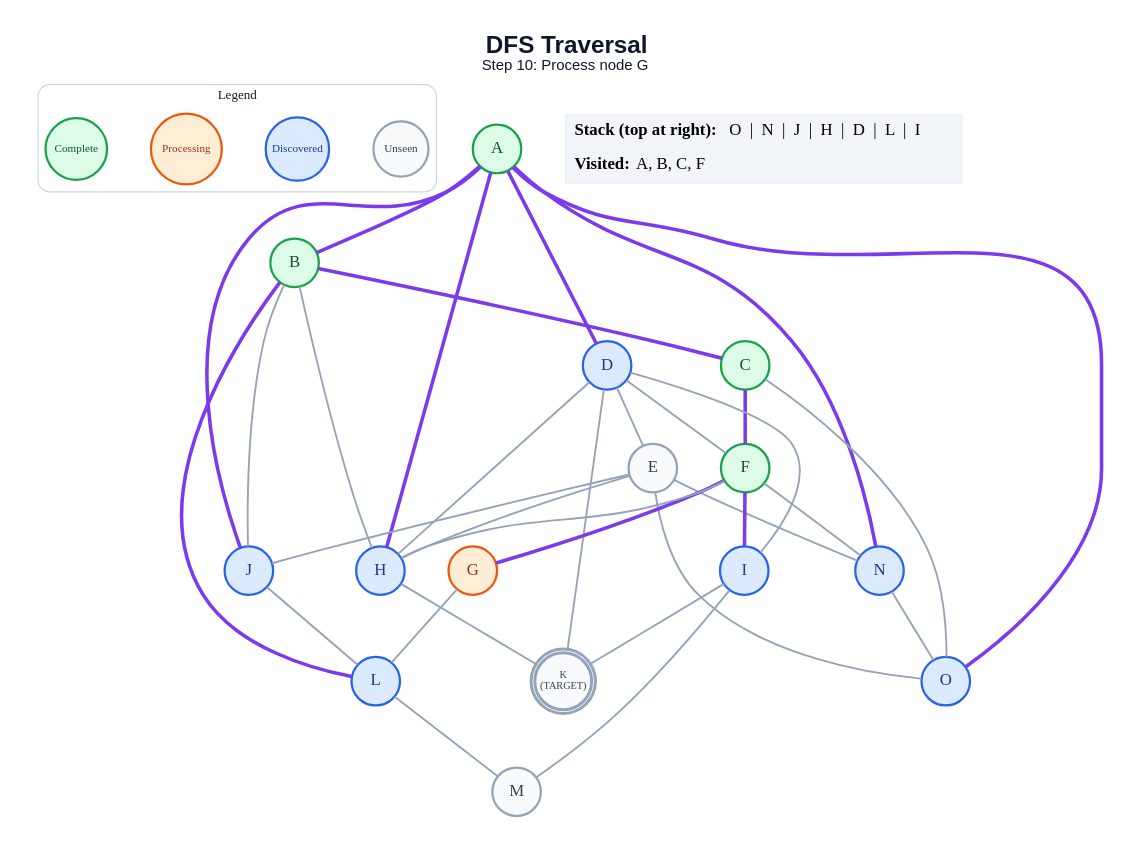
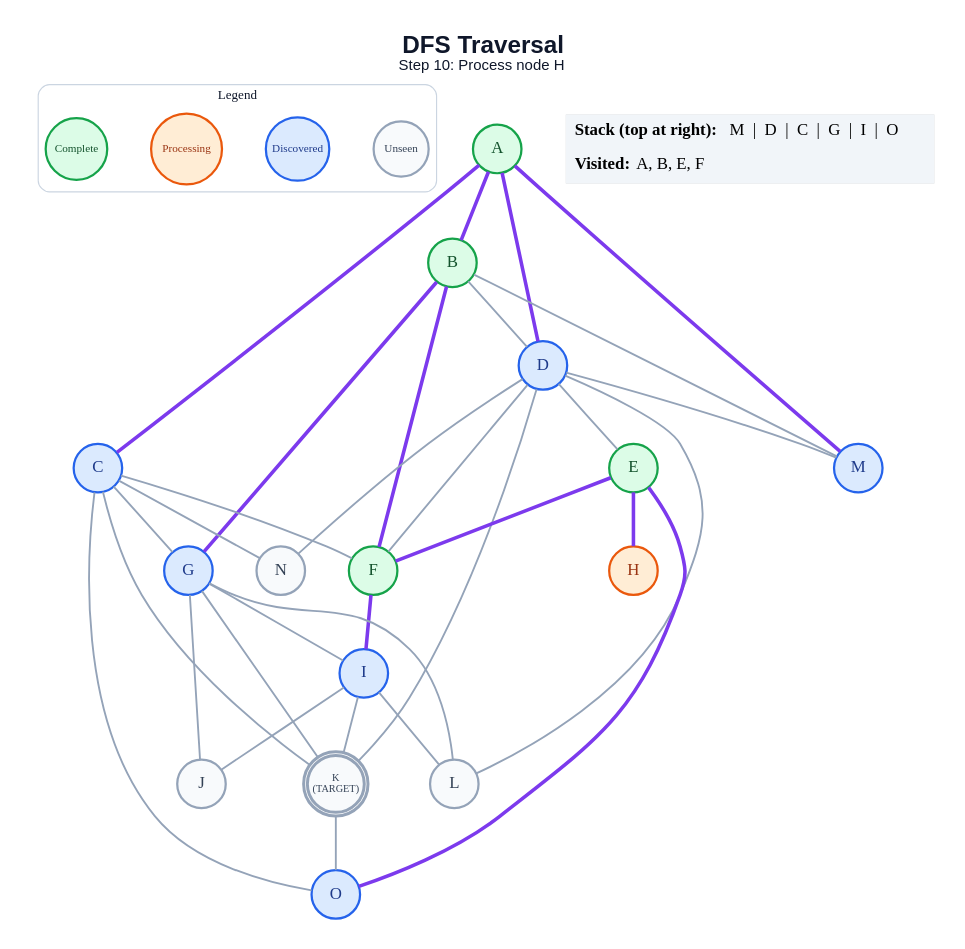
Before and after one commit to anon7238593-create/ai-slop: the diagram in generated/dfs/step_10.dot, drawn with Graphviz. The commit also changed 265 other files, not shown here.

```diff
--- a/generated/dfs/step_10.dot
+++ b/generated/dfs/step_10.dot
@@ -1,66 +1,65 @@
 graph traversal {
   graph [layout=dot, rankdir=TB, bgcolor="#FFFFFF", pad="0.35", nodesep="0.65", ranksep="0.8", fontname="Arial"];
   node [shape=circle, style="filled", fontname="Arial Bold", fontsize=18, width=0.72, fixedsize=true, penwidth=2.4];
   edge [color="#94A3B8", penwidth=2.0];
-  label=<<B>DFS Traversal</B><BR/><FONT POINT-SIZE="16">Step 10: Process node G</FONT>>; labelloc="t"; fontsize=26; fontname="Arial"; fontcolor="#0F172A";
+  label=<<B>DFS Traversal</B><BR/><FONT POINT-SIZE="16">Step 10: Process node H</FONT>>; labelloc="t"; fontsize=26; fontname="Arial"; fontcolor="#0F172A";
   subgraph cluster_legend { label="Legend"; color="#CBD5E1"; penwidth=1.2; style="rounded"; fontsize=14; fontname="Arial Bold";
     key_unseen [label="Unseen", fillcolor="#F8FAFC", color="#94A3B8", fontcolor="#334155", fontsize=12, width=0.82];
     key_frontier [label="Discovered", fillcolor="#DBEAFE", color="#2563EB", fontcolor="#1E3A8A", fontsize=12, width=0.95];
     key_current [label="Processing", fillcolor="#FFEDD5", color="#EA580C", fontcolor="#9A3412", fontsize=12, width=1.05];
     key_done [label="Complete", fillcolor="#DCFCE7", color="#16A34A", fontcolor="#14532D", fontsize=12, width=0.92];
     { rank=same; key_unseen; key_frontier; key_current; key_done; }
   }
   A [label="A", fillcolor="#DCFCE7", color="#16A34A", fontcolor="#14532D", peripheries=1, penwidth=2.4];
   B [label="B", fillcolor="#DCFCE7", color="#16A34A", fontcolor="#14532D", peripheries=1, penwidth=2.4];
-  C [label="C", fillcolor="#DCFCE7", color="#16A34A", fontcolor="#14532D", peripheries=1, penwidth=2.4];
+  C [label="C", fillcolor="#DBEAFE", color="#2563EB", fontcolor="#1E3A8A", peripheries=1, penwidth=2.4];
   D [label="D", fillcolor="#DBEAFE", color="#2563EB", fontcolor="#1E3A8A", peripheries=1, penwidth=2.4];
-  E [label="E", fillcolor="#F8FAFC", color="#94A3B8", fontcolor="#334155", peripheries=1, penwidth=2.4];
+  E [label="E", fillcolor="#DCFCE7", color="#16A34A", fontcolor="#14532D", peripheries=1, penwidth=2.4];
   F [label="F", fillcolor="#DCFCE7", color="#16A34A", fontcolor="#14532D", peripheries=1, penwidth=2.4];
-  G [label="G", fillcolor="#FFEDD5", color="#EA580C", fontcolor="#9A3412", peripheries=1, penwidth=2.4];
-  H [label="H", fillcolor="#DBEAFE", color="#2563EB", fontcolor="#1E3A8A", peripheries=1, penwidth=2.4];
+  G [label="G", fillcolor="#DBEAFE", color="#2563EB", fontcolor="#1E3A8A", peripheries=1, penwidth=2.4];
+  H [label="H", fillcolor="#FFEDD5", color="#EA580C", fontcolor="#9A3412", peripheries=1, penwidth=2.4];
   I [label="I", fillcolor="#DBEAFE", color="#2563EB", fontcolor="#1E3A8A", peripheries=1, penwidth=2.4];
-  J [label="J", fillcolor="#DBEAFE", color="#2563EB", fontcolor="#1E3A8A", peripheries=1, penwidth=2.4];
+  J [label="J", fillcolor="#F8FAFC", color="#94A3B8", fontcolor="#334155", peripheries=1, penwidth=2.4];
   K [label="K\n(TARGET)", fillcolor="#F8FAFC", color="#94A3B8", fontcolor="#334155", peripheries=2, penwidth=3.2, fontsize=11, width=0.85, height=0.85];
-  L [label="L", fillcolor="#DBEAFE", color="#2563EB", fontcolor="#1E3A8A", peripheries=1, penwidth=2.4];
-  M [label="M", fillcolor="#F8FAFC", color="#94A3B8", fontcolor="#334155", peripheries=1, penwidth=2.4];
-  N [label="N", fillcolor="#DBEAFE", color="#2563EB", fontcolor="#1E3A8A", peripheries=1, penwidth=2.4];
+  L [label="L", fillcolor="#F8FAFC", color="#94A3B8", fontcolor="#334155", peripheries=1, penwidth=2.4];
+  M [label="M", fillcolor="#DBEAFE", color="#2563EB", fontcolor="#1E3A8A", peripheries=1, penwidth=2.4];
+  N [label="N", fillcolor="#F8FAFC", color="#94A3B8", fontcolor="#334155", peripheries=1, penwidth=2.4];
   O [label="O", fillcolor="#DBEAFE", color="#2563EB", fontcolor="#1E3A8A", peripheries=1, penwidth=2.4];
   A -- B [color="#7C3AED", penwidth=3.8];
+  A -- C [color="#7C3AED", penwidth=3.8];
   A -- D [color="#7C3AED", penwidth=3.8];
-  A -- H [color="#7C3AED", penwidth=3.8];
-  A -- J [color="#7C3AED", penwidth=3.8];
-  A -- N [color="#7C3AED", penwidth=3.8];
-  A -- O [color="#7C3AED", penwidth=3.8];
-  B -- C [color="#7C3AED", penwidth=3.8];
-  B -- H;
-  B -- J;
-  B -- L [color="#7C3AED", penwidth=3.8];
-  C -- F [color="#7C3AED", penwidth=3.8];
+  A -- M [color="#7C3AED", penwidth=3.8];
+  B -- D;
+  B -- F [color="#7C3AED", penwidth=3.8];
+  B -- G [color="#7C3AED", penwidth=3.8];
+  B -- M;
+  C -- F;
+  C -- G;
+  C -- K;
+  C -- N;
   C -- O;
   D -- E;
   D -- F;
-  D -- H;
-  D -- I;
   D -- K;
-  E -- H;
-  E -- J;
-  E -- N;
-  E -- O;
-  F -- G [color="#7C3AED", penwidth=3.8];
-  F -- H;
+  D -- L;
+  D -- M;
+  D -- N;
+  E -- F [color="#7C3AED", penwidth=3.8];
+  E -- H [color="#7C3AED", penwidth=3.8];
+  E -- O [color="#7C3AED", penwidth=3.8];
   F -- I [color="#7C3AED", penwidth=3.8];
-  F -- N;
+  G -- I;
+  G -- J;
+  G -- K;
   G -- L;
-  H -- K;
+  I -- J;
   I -- K;
-  I -- M;
-  J -- L;
-  L -- M;
-  N -- O;
+  I -- L;
+  K -- O;
   status [shape=plain, fixedsize=false, width=0, height=0, margin=0, label=<
     <TABLE BORDER="0" CELLBORDER="0" CELLPADDING="7" BGCOLOR="#F1F5F9">
-      <TR><TD ALIGN="LEFT"><B>Stack (top at right):</B> O  |  N  |  J  |  H  |  D  |  L  |  I</TD></TR>
-      <TR><TD ALIGN="LEFT"><B>Visited:</B> A, B, C, F</TD></TR>
+      <TR><TD ALIGN="LEFT"><B>Stack (top at right):</B> M  |  D  |  C  |  G  |  I  |  O</TD></TR>
+      <TR><TD ALIGN="LEFT"><B>Visited:</B> A, B, E, F</TD></TR>
     </TABLE>
   >];
 }
```
